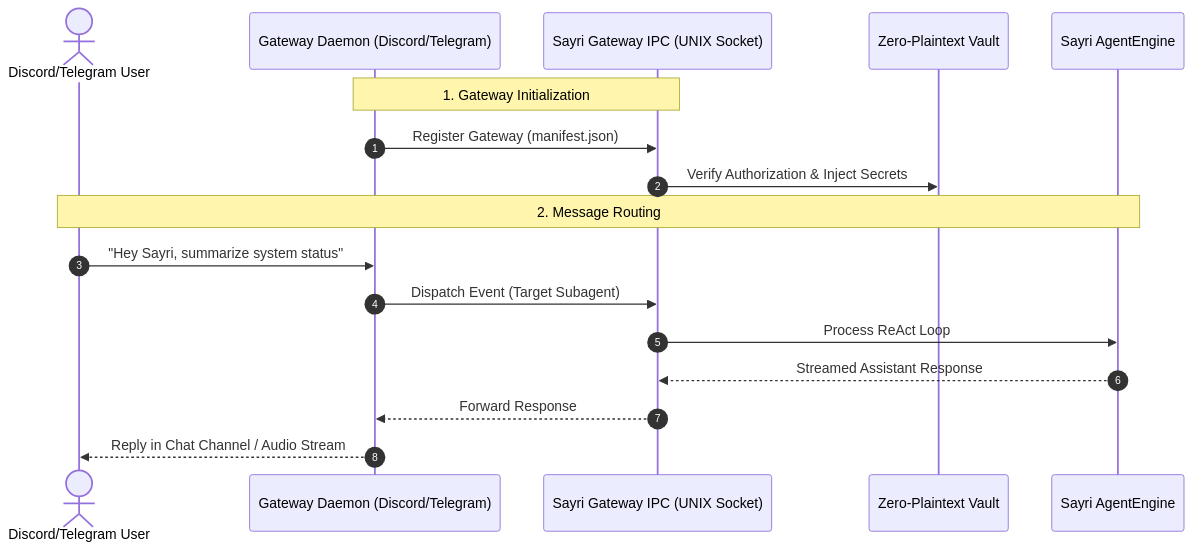
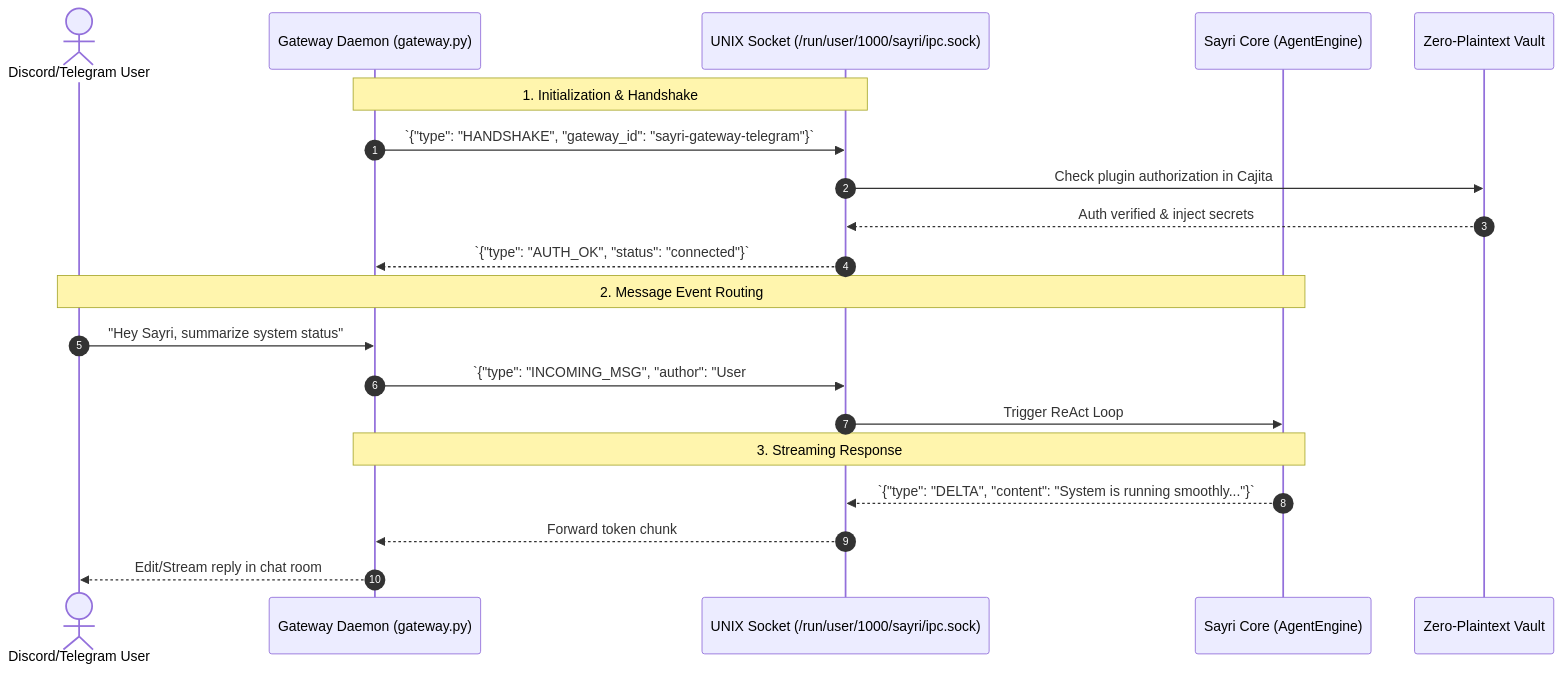
One commit to Inled-Pulsar-OS/os.inled.es changed the diagram in src/data/help/architecture/gateways_spec.md. Above: the diagram before and after it, drawn with Mermaid. The commit also changed other lines of this file and 4 other files, not shown here.

Commit message:
feat(docs): add interactive Mermaid lightbox with zoom/pan and in-depth documentation on bubblewrap, tools, and gateways

````diff
--- a/src/data/help/architecture/gateways_spec.md
+++ b/src/data/help/architecture/gateways_spec.md
@@ -17,21 +17,25 @@
 ```mermaid
 sequenceDiagram
     autonumber
     actor User as Discord/Telegram User
-    participant GW as Gateway Daemon (Discord/Telegram)
-    participant IPC as Sayri Gateway IPC (UNIX Socket)
-    participant SEC as Zero-Plaintext Vault
-    participant Engine as Sayri AgentEngine
+    participant GW as Gateway Daemon (gateway.py)
+    participant Socket as UNIX Socket (/run/user/1000/sayri/ipc.sock)
+    participant Core as Sayri Core (AgentEngine)
+    participant Vault as Zero-Plaintext Vault
 
-    Note over GW,IPC: 1. Gateway Initialization
-    GW->>IPC: Register Gateway (manifest.json)
-    IPC->>SEC: Verify Authorization & Inject Secrets
-    
-    Note over User,Engine: 2. Message Routing
+    Note over GW,Socket: 1. Initialization & Handshake
+    GW->>Socket: `{"type": "HANDSHAKE", "gateway_id": "sayri-gateway-telegram"}`
+    Socket->>Vault: Check plugin authorization in Cajita
+    Vault-->>Socket: Auth verified & inject secrets
+    Socket-->>GW: `{"type": "AUTH_OK", "status": "connected"}`
+
+    Note over User,Core: 2. Message Event Routing
     User->>GW: "Hey Sayri, summarize system status"
-    GW->>IPC: Dispatch Event (Target Subagent)
-    IPC->>Engine: Process ReAct Loop
-    Engine-->>IPC: Streamed Assistant Response
-    IPC-->>GW: Forward Response
-    GW-->>User: Reply in Chat Channel / Audio Stream
+    GW->>Socket: `{"type": "INCOMING_MSG", "author": "User#123", "text": "...", "target_agent": "default"}`
+    Socket->>Core: Trigger ReAct Loop
+
+    Note over Core,GW: 3. Streaming Response
+    Core-->>Socket: `{"type": "DELTA", "content": "System is running smoothly..."}`
+    Socket-->>GW: Forward token chunk
+    GW-->>User: Edit/Stream reply in chat room
 ```
````
